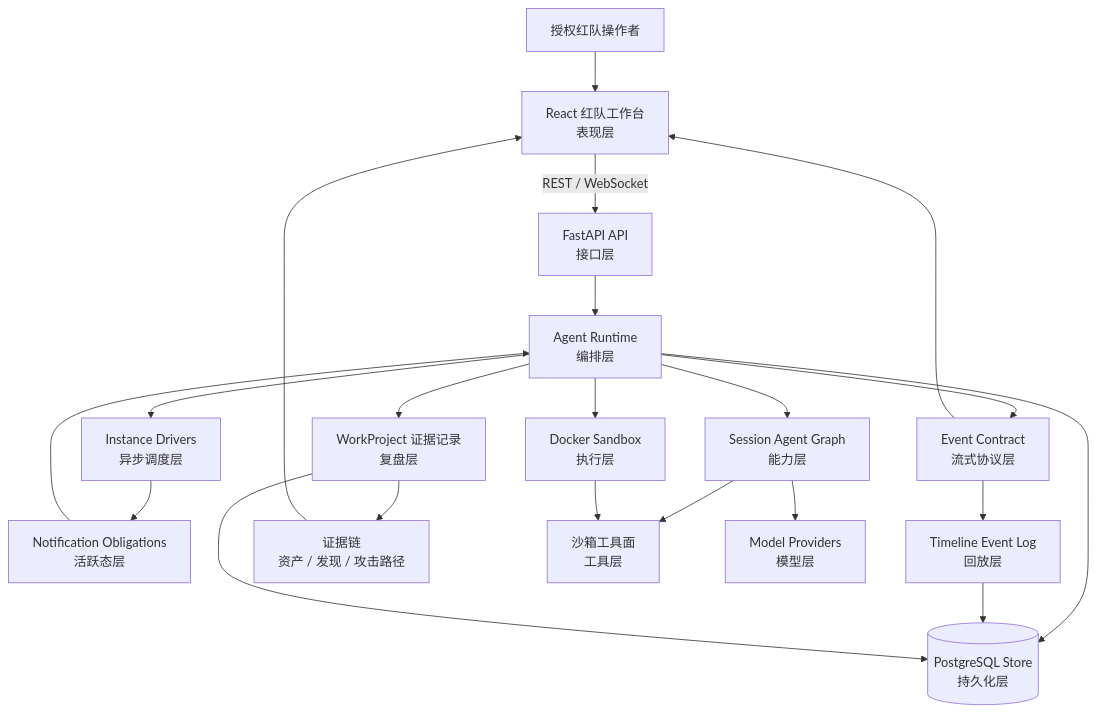
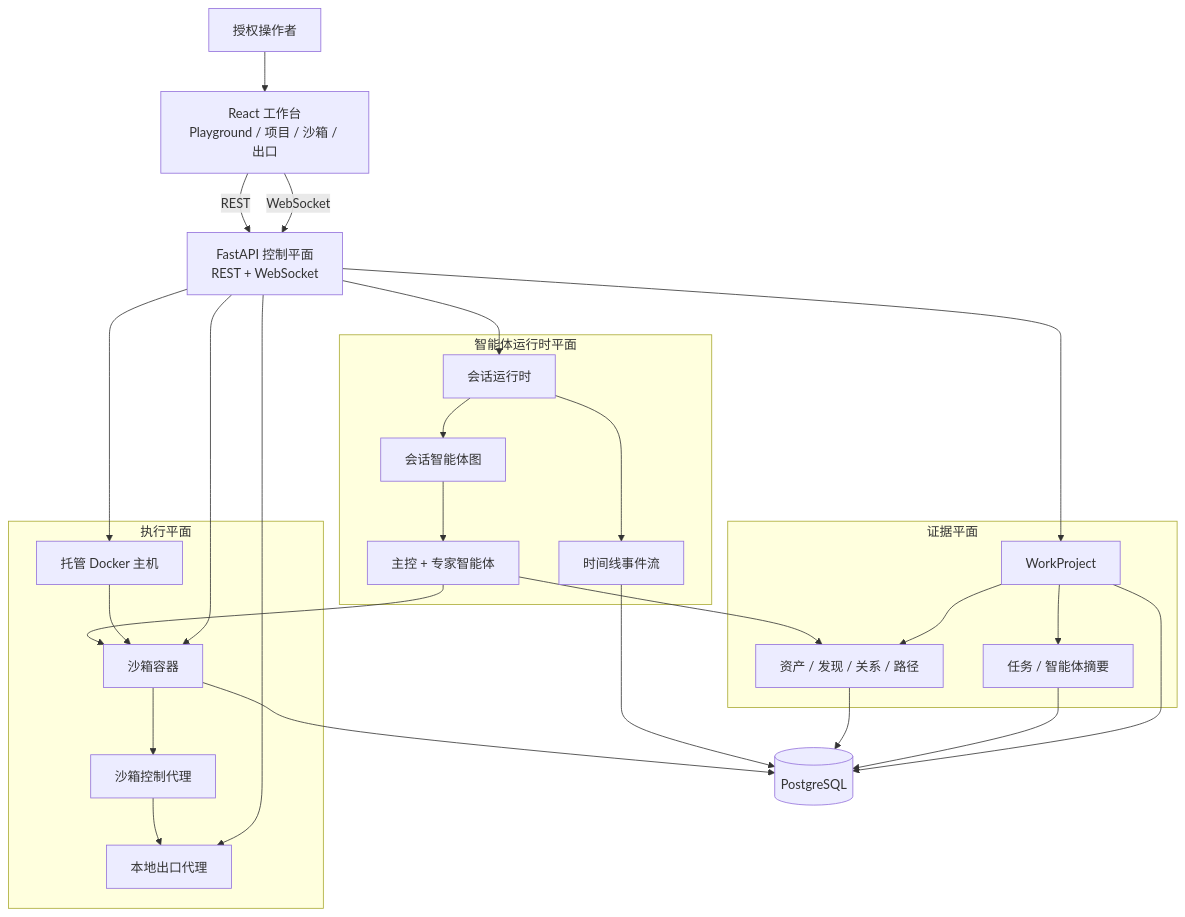
One commit to MolTau9527/Z3r0 changed the first of 4 diagrams in README_zh.md. Above: the diagram before and after it, drawn with Mermaid. The commit also changed other lines of this file and 38 other files, not shown here.

````diff
--- a/README_zh.md
+++ b/README_zh.md
@@ -43,39 +41,48 @@
 ```mermaid
 flowchart TB
-  Operator["授权红队操作者"]
-  Workbench["React 红队工作台<br/>表现层"]
-  API["FastAPI API<br/>接口层"]
-  Runtime["Agent Runtime<br/>编排层"]
-  Drivers["Instance Drivers<br/>异步调度层"]
-  Notifications["Notification Obligations<br/>活跃态层"]
-  Graph["Session Agent Graph<br/>能力层"]
-  Timeline["Timeline Event Log<br/>回放层"]
-  Record["WorkProject 证据记录<br/>复盘层"]
-  Evidence["证据链<br/>资产 / 发现 / 攻击路径"]
-  Sandbox["Docker Sandbox<br/>执行层"]
-  Tools["沙箱工具面<br/>工具层"]
-  Models["Model Providers<br/>模型层"]
-  Events["Event Contract<br/>流式协议层"]
-  Store[("PostgreSQL Store<br/>持久化层")]
+  Operator["授权操作者"]
+  Workbench["React 工作台<br/>Playground / 项目 / 沙箱 / 出口"]
+  API["FastAPI 控制平面<br/>REST + WebSocket"]
+
+  subgraph Runtime["智能体运行时平面"]
+    Session["会话运行时"]
+    Graph["会话智能体图"]
+    Team["主控 + 专家智能体"]
+    Timeline["时间线事件流"]
+  end
+
+  subgraph Evidence["证据平面"]
+    Project["WorkProject"]
+    Records["资产 / 发现 / 关系 / 路径"]
+    Tasks["任务 / 智能体摘要"]
+  end
+
+  subgraph Execution["执行平面"]
+    Hosts["托管 Docker 主机"]
+    Containers["沙箱容器"]
+    ControlProxy["沙箱控制代理"]
+    Egress["本地出口代理"]
+  end
+
+  Store[("PostgreSQL")]
 
   Operator --> Workbench
-  Workbench -->|REST / WebSocket| API
-  API --> Runtime
-  Runtime --> Drivers
-  Runtime --> Graph
-  Runtime --> Record
-  Runtime --> Sandbox
-  Runtime --> Events
-  Runtime --> Store
-  Drivers --> Notifications
-  Notifications --> Runtime
-  Events --> Timeline
+  Workbench -->|REST| API
+  Workbench -->|WebSocket| API
+  API --> Session --> Graph --> Team
+  Team --> Records
+  Team --> Containers
+  Session --> Timeline
+  Project --> Records
+  Project --> Tasks
+  Hosts --> Containers --> ControlProxy --> Egress
+  API --> Project
+  API --> Hosts
+  API --> Containers
+  API --> Egress
   Timeline --> Store
-  Graph --> Tools
-  Graph --> Models
-  Sandbox --> Tools
-  Record --> Store
-  Record --> Evidence
-  Evidence --> Workbench
-  Events --> Workbench
+  Records --> Store
+  Tasks --> Store
+  Project --> Store
+  Containers --> Store
 ```
````
